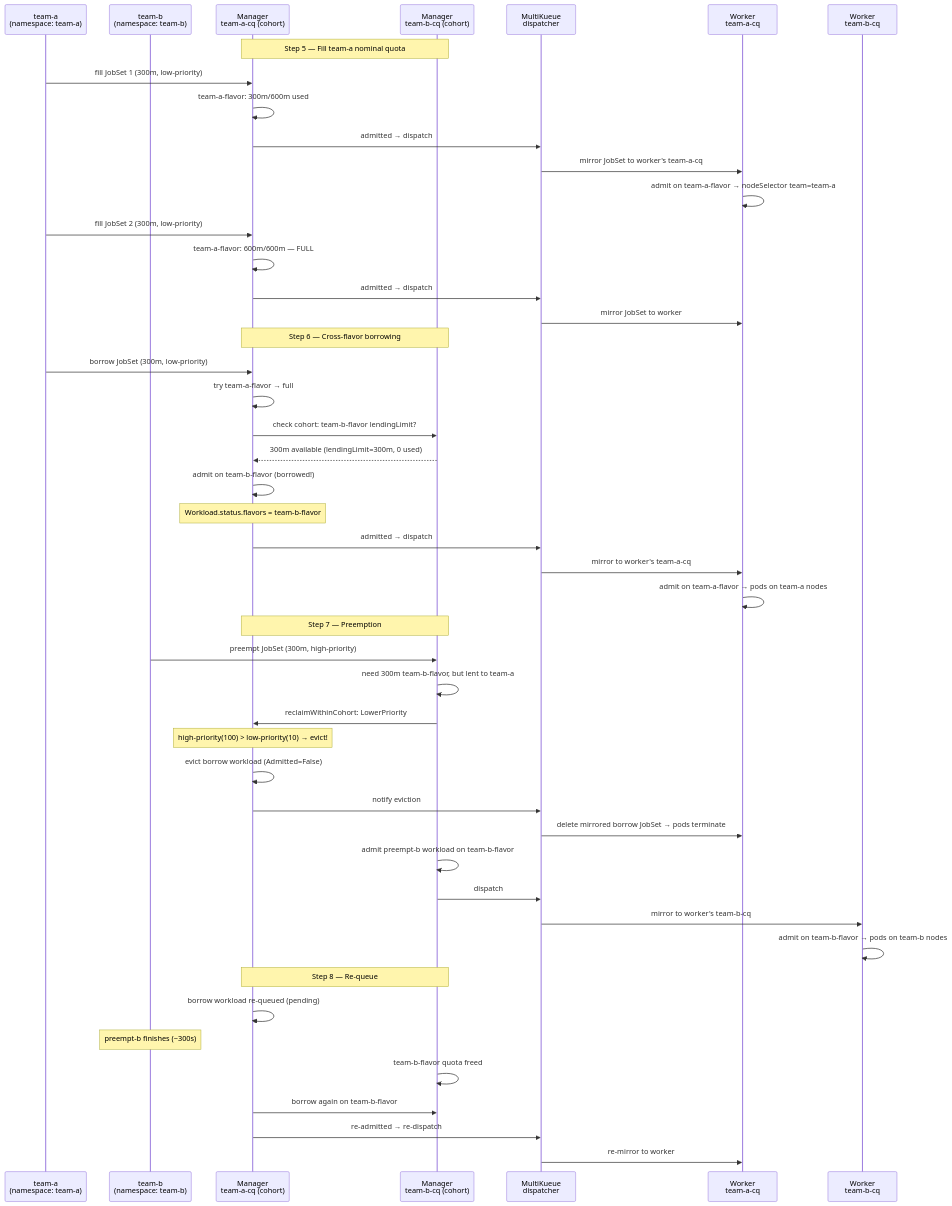
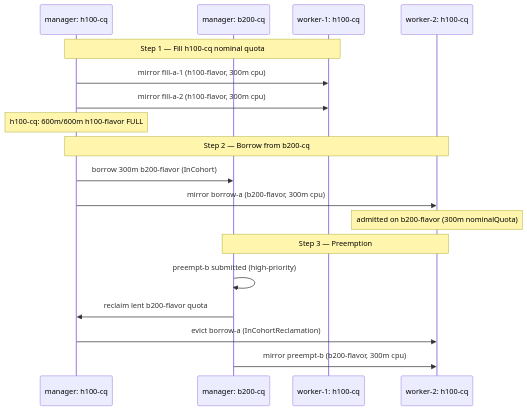
Before and after one commit to patilchinmay/k8s-experiments: the second of 2 diagrams in kueue/07-multikueue-cohort-distinct-flavors/README.md, drawn with Mermaid. The commit also changed other lines of this file, not shown here.

````diff
--- a/kueue/07-multikueue-cohort-distinct-flavors/README.md
+++ b/kueue/07-multikueue-cohort-distinct-flavors/README.md
@@ -876,54 +45,23 @@
 ```mermaid
 sequenceDiagram
-    participant A as team-a<br>(namespace: team-a)
-    participant B as team-b<br>(namespace: team-b)
-    participant MA as Manager<br>team-a-cq (cohort)
-    participant MB as Manager<br>team-b-cq (cohort)
-    participant MK as MultiKueue<br>dispatcher
-    participant WA as Worker<br>team-a-cq
-    participant WB as Worker<br>team-b-cq
+    participant MA as manager: h100-cq
+    participant MB as manager: b200-cq
+    participant W1 as worker-1: h100-cq
+    participant W2 as worker-2: h100-cq
 
-    Note over MA,MB: Step 5 — Fill team-a nominal quota
-    A->>MA: fill JobSet 1 (300m, low-priority)
-    MA->>MA: team-a-flavor: 300m/600m used
-    MA->>MK: admitted → dispatch
-    MK->>WA: mirror JobSet to worker's team-a-cq
-    WA->>WA: admit on team-a-flavor → nodeSelector team=team-a
+    Note over MA,W1: Step 1 — Fill h100-cq nominal quota
+    MA->>W1: mirror fill-a-1 (h100-flavor, 300m cpu)
+    MA->>W1: mirror fill-a-2 (h100-flavor, 300m cpu)
+    Note over MA: h100-cq: 600m/600m h100-flavor FULL
 
-    A->>MA: fill JobSet 2 (300m, low-priority)
-    MA->>MA: team-a-flavor: 600m/600m — FULL
-    MA->>MK: admitted → dispatch
-    MK->>WA: mirror JobSet to worker
+    Note over MA,W2: Step 2 — Borrow from b200-cq
+    MA->>MB: borrow 300m b200-flavor (InCohort)
+    MA->>W2: mirror borrow-a (b200-flavor, 300m cpu)
+    Note over W2: admitted on b200-flavor (300m nominalQuota)
 
-    Note over MA,MB: Step 6 — Cross-flavor borrowing
-    A->>MA: borrow JobSet (300m, low-priority)
-    MA->>MA: try team-a-flavor → full
-    MA->>MB: check cohort: team-b-flavor lendingLimit?
-    MB-->>MA: 300m available (lendingLimit=300m, 0 used)
-    MA->>MA: admit on team-b-flavor (borrowed!)
-    Note over MA: Workload.status.flavors = team-b-flavor
-    MA->>MK: admitted → dispatch
-    MK->>WA: mirror to worker's team-a-cq
-    WA->>WA: admit on team-a-flavor → pods on team-a nodes
-
-    Note over MA,MB: Step 7 — Preemption
-    B->>MB: preempt JobSet (300m, high-priority)
-    MB->>MB: need 300m team-b-flavor, but lent to team-a
-    MB->>MA: reclaimWithinCohort: LowerPriority
-    Note over MA: high-priority(100) > low-priority(10) → evict!
-    MA->>MA: evict borrow workload (Admitted=False)
-    MA->>MK: notify eviction
-    MK->>WA: delete mirrored borrow JobSet → pods terminate
-    MB->>MB: admit preempt-b workload on team-b-flavor
-    MB->>MK: dispatch
-    MK->>WB: mirror to worker's team-b-cq
-    WB->>WB: admit on team-b-flavor → pods on team-b nodes
-
-    Note over MA,MB: Step 8 — Re-queue
-    MA->>MA: borrow workload re-queued (pending)
-    Note over B: preempt-b finishes (~300s)
-    MB->>MB: team-b-flavor quota freed
-    MA->>MB: borrow again on team-b-flavor
-    MA->>MK: re-admitted → re-dispatch
-    MK->>WA: re-mirror to worker
+    Note over MB,W2: Step 3 — Preemption
+    MB->>MB: preempt-b submitted (high-priority)
+    MB->>MA: reclaim lent b200-flavor quota
+    MA->>W2: evict borrow-a (InCohortReclamation)
+    MB->>W2: mirror preempt-b (b200-flavor, 300m cpu)
 ```
````
